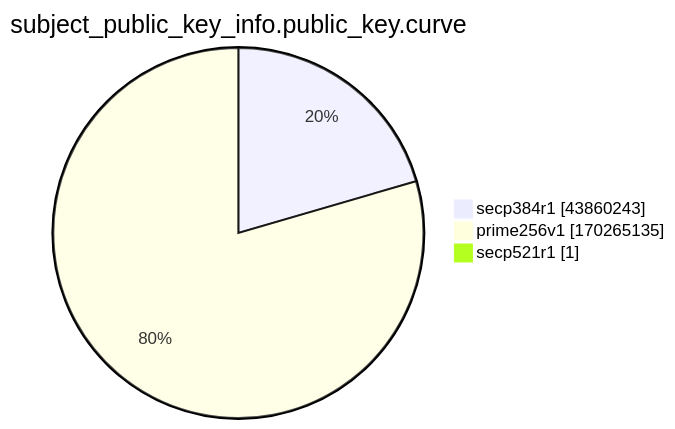
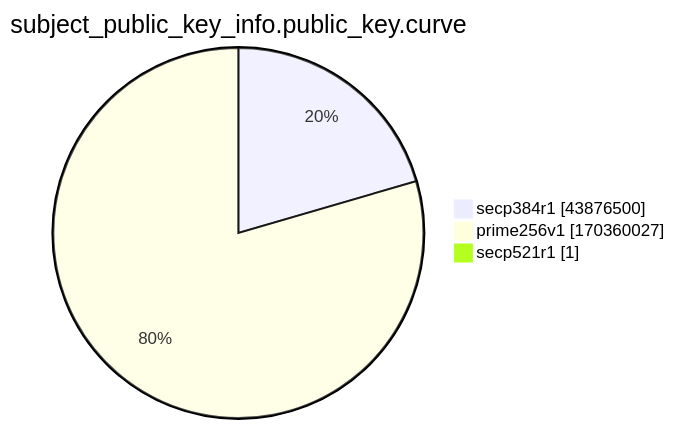
Before and after one commit to christiankrug/ctmonitor_visualization: the ninth of 15 diagrams in xenon2022/README.md, drawn with Mermaid. The commit also changed other lines of this file, not shown here.

````diff
--- a/xenon2022/README.md
+++ b/xenon2022/README.md
@@ -2871,7 +2871,7 @@
 ```mermaid
 pie showData
 title subject_public_key_info.public_key.curve
-"secp384r1" :43860243
-"prime256v1" :170265135
+"secp384r1" :43876500
+"prime256v1" :170360027
 "secp521r1" :1
 ```
````
